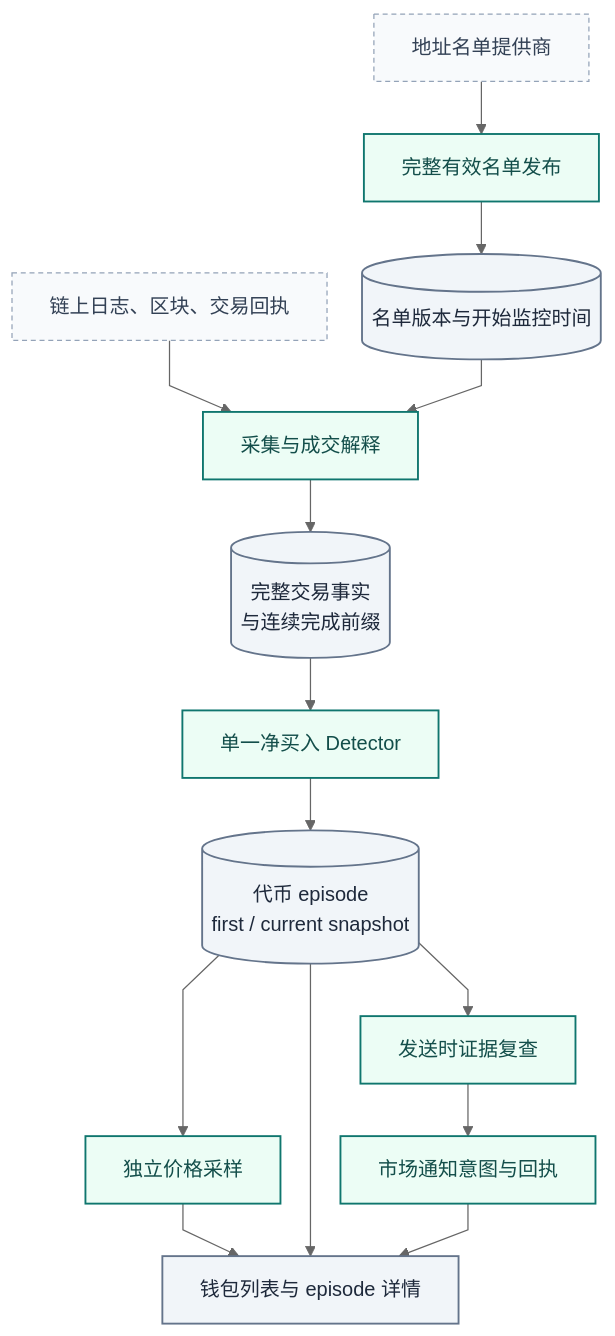
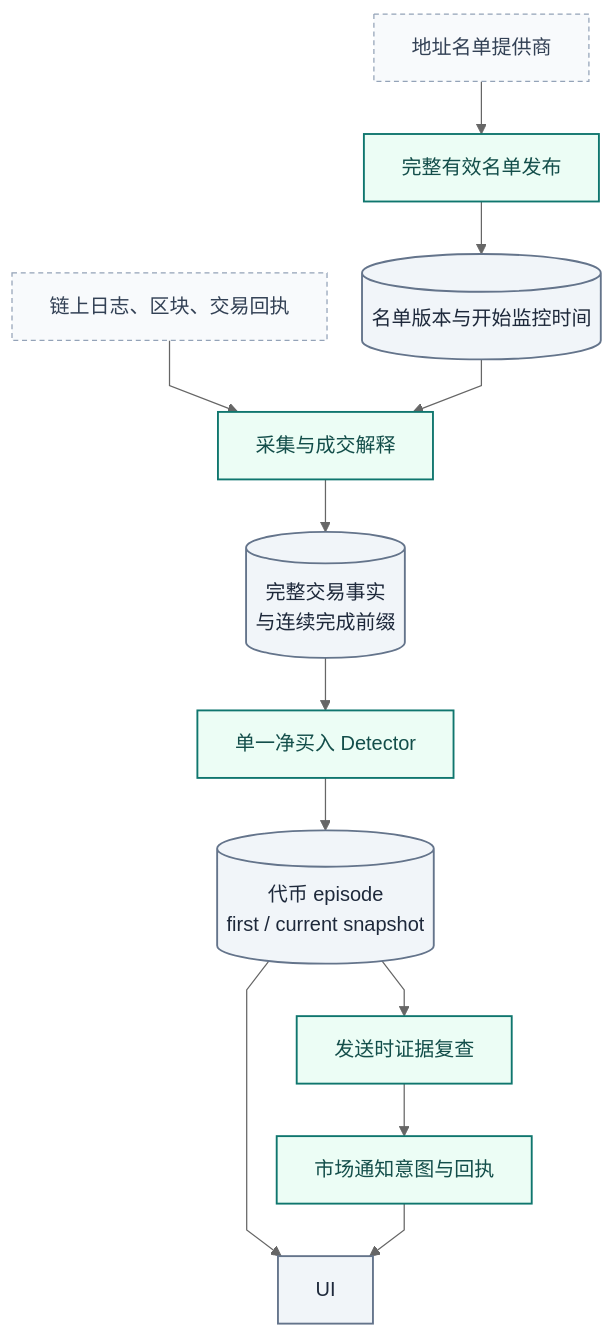
One commit to AnalyThothAI/tracefold changed the first of 2 diagrams in docs/modules/wallets.md. Above: the diagram before and after it, drawn with Mermaid (neutral theme). The commit also changed other lines of this file and 120 other files, not shown here.

````diff
--- a/docs/modules/wallets.md
+++ b/docs/modules/wallets.md
@@ -47,35 +46,33 @@
 ```mermaid
 ---
 config:
   fontFamily: "system-ui, Noto Sans CJK SC, Microsoft YaHei, WenQuanYi Zen Hei, sans-serif"
   flowchart:
     curve: linear
     nodeSpacing: 28
     rankSpacing: 42
 ---
 flowchart TB
     accTitle: 钱包证据到净买入警报
-    accDescr: 名单发布独立于回执采集；完整事实进入 detector 和 episode，再做发送时复查。价格采样是独立后续，不决定首报资格。
+    accDescr: 名单发布独立于回执采集；完整事实进入 detector 和 episode，再做发送时复查。页面读取首次、当前与发送快照。
     RosterProvider["地址名单提供商"] --> Roster["完整有效名单发布"]
     Roster --> RosterDB[("名单版本与开始监控时间")]
     RPC["链上日志、区块、交易回执"] --> Tape["采集与成交解释"]
     RosterDB --> Tape
     Tape --> Prefix[("完整交易事实<br/>与连续完成前缀")]
     Prefix --> Detector["单一净买入 Detector"]
     Detector --> Episode[("代币 episode<br/>first / current snapshot")]
     Episode --> Check["发送时证据复查"]
     Check --> Notify["市场通知意图与回执"]
-    Episode --> Prices["独立价格采样"]
-    Prices --> UI["钱包列表与 episode 详情"]
     Episode --> UI
     Notify --> UI
 
     classDef news fill:#ecfdf5,stroke:#0f766e,color:#134e4a,stroke-width:1.5px
     classDef research fill:#eef2ff,stroke:#6366f1,color:#312e81,stroke-width:1.5px
     classDef execution fill:#fff7ed,stroke:#c2410c,color:#7c2d12,stroke-width:1.5px
     classDef store fill:#f1f5f9,stroke:#64748b,color:#1e293b,stroke-width:1.5px
     classDef external fill:#f8fafc,stroke:#94a3b8,color:#334155,stroke-dasharray:4 3
 class RosterProvider,RPC external;
-class Roster,Tape,Detector,Check,Notify,Prices news;
+class Roster,Tape,Detector,Check,Notify news;
 class RosterDB,Prefix,Episode,UI store;
 ```
````
